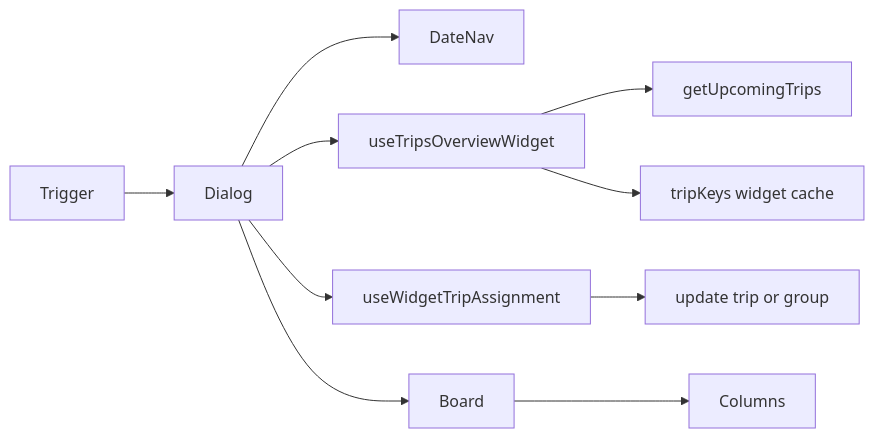
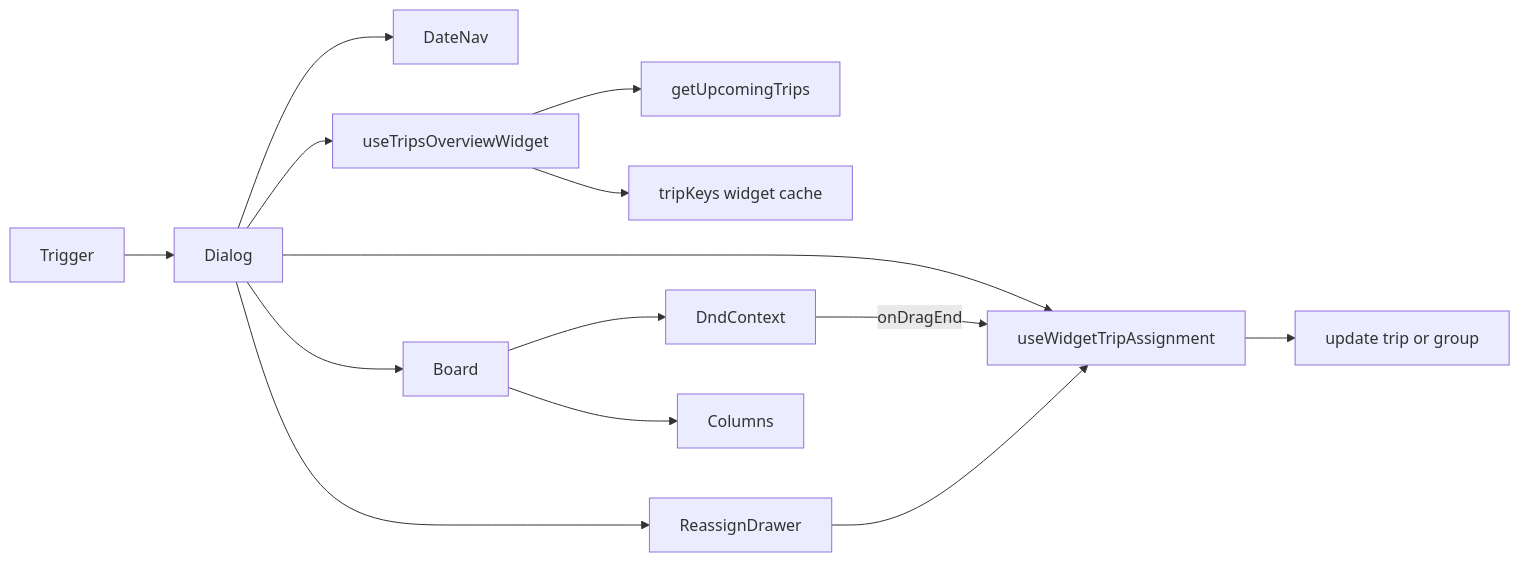
One commit to 7asun/taxigo_admin changed the diagram in docs/features/trips-overview-widget.md. Above: the diagram before and after it, drawn with Mermaid. The commit also changed other lines of this file and 47 other files, not shown here.

````diff
--- a/docs/features/trips-overview-widget.md
+++ b/docs/features/trips-overview-widget.md
@@ -38,12 +43,16 @@
 ```mermaid
 flowchart LR
   Trigger --> Dialog
   Dialog --> DateNav
   Dialog --> WidgetHook["useTripsOverviewWidget"]
   WidgetHook --> Supabase["getUpcomingTrips"]
   WidgetHook --> QueryCache["tripKeys widget cache"]
   Dialog --> AssignHook["useWidgetTripAssignment"]
+  Board --> DndContext
+  DndContext -->|"onDragEnd"| AssignHook
+  Dialog --> ReassignDrawer
+  ReassignDrawer --> AssignHook
   AssignHook --> SupabaseUpdate["update trip or group"]
   Dialog --> Board
   Board --> Columns
 ```
````
